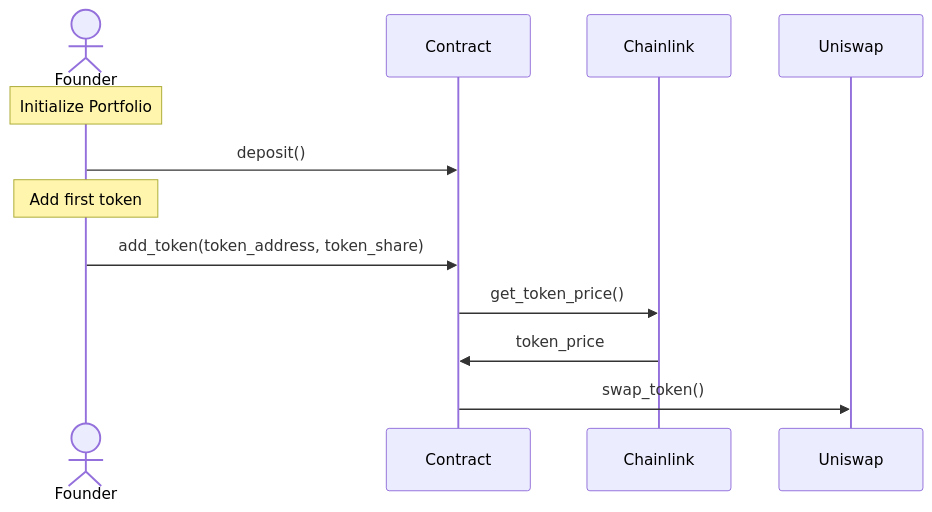
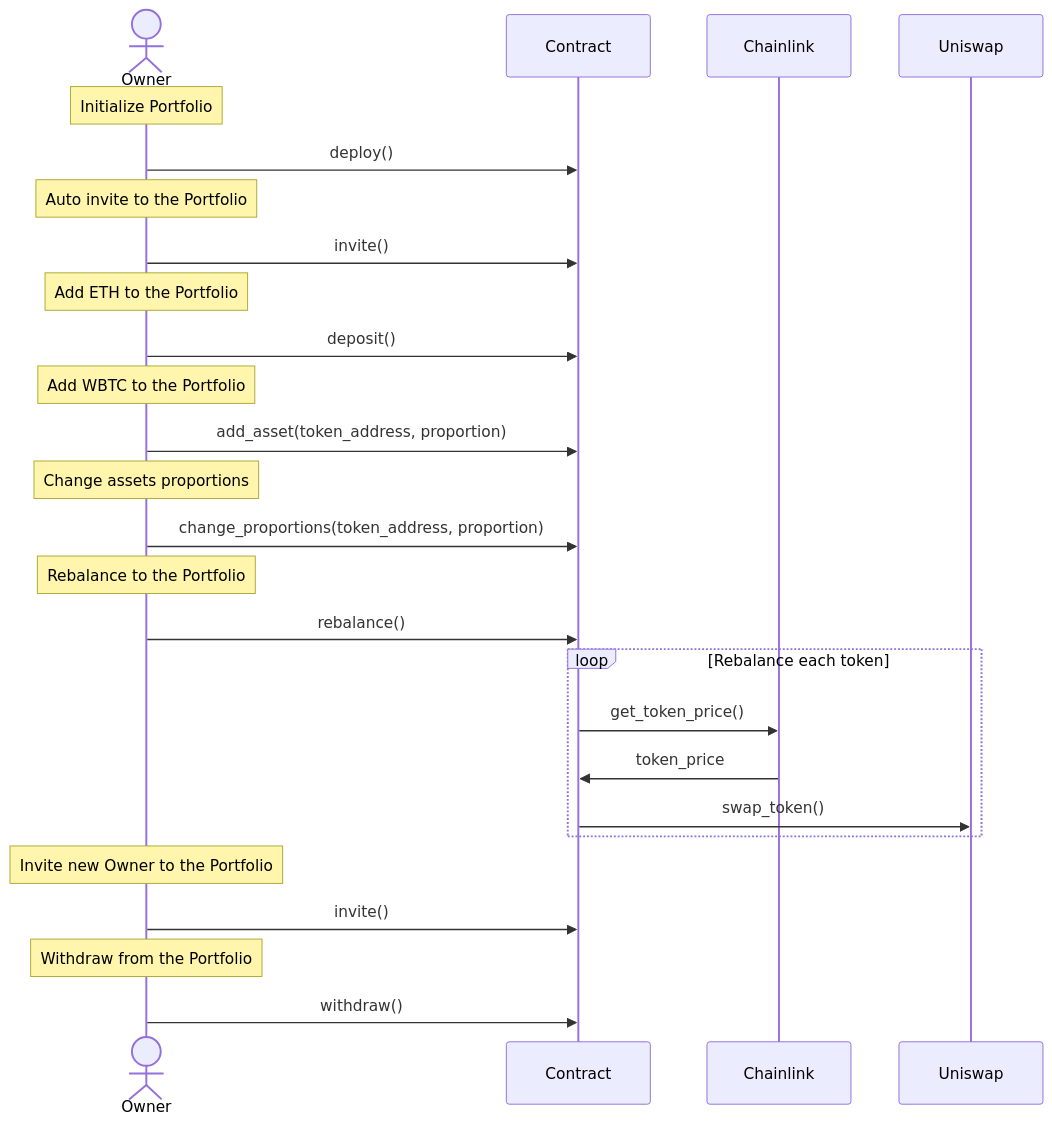
One commit to patriciobcs/shared-fund changed the diagram in README.md. Above: the diagram before and after it, drawn with Mermaid. The commit also changed other lines of this file and 2 other files, not shown here.

Commit message:
docs: diagrams and specs (#26)

````diff
--- a/README.md
+++ b/README.md
@@ -9,12 +11,26 @@
 ```mermaid
 sequenceDiagram
-    actor Founder
+    actor Owner
     participant Contract
-    Note over Founder : Initialize Portfolio
-    Founder ->> Contract : deposit()
-    Note over Founder : Add first token
-    Founder ->> Contract : add_token(token_address, token_share)
-    Contract ->> Chainlink : get_token_price()
-    Chainlink ->> Contract : token_price
-    Contract ->> Uniswap : swap_token()
+    Note over Owner : Initialize Portfolio
+    Owner ->> Contract : deploy()
+    Note over Owner : Auto invite to the Portfolio  
+    Owner ->> Contract : invite()
+    Note over Owner : Add ETH to the Portfolio
+    Owner ->> Contract : deposit()
+    Note over Owner : Add WBTC to the Portfolio
+    Owner ->> Contract : add_asset(token_address, proportion)
+    Note over Owner : Change assets proportions
+    Owner ->> Contract : change_proportions(token_address, proportion)
+    Note over Owner : Rebalance to the Portfolio
+    Owner ->> Contract : rebalance()
+    loop Rebalance each token
+        Contract ->> Chainlink : get_token_price()
+        Chainlink ->> Contract : token_price
+        Contract ->> Uniswap : swap_token()
+    end
+    Note over Owner : Invite new Owner to the Portfolio
+    Owner ->> Contract : invite()
+    Note over Owner : Withdraw from the Portfolio
+    Owner ->> Contract : withdraw()
 ```
````
